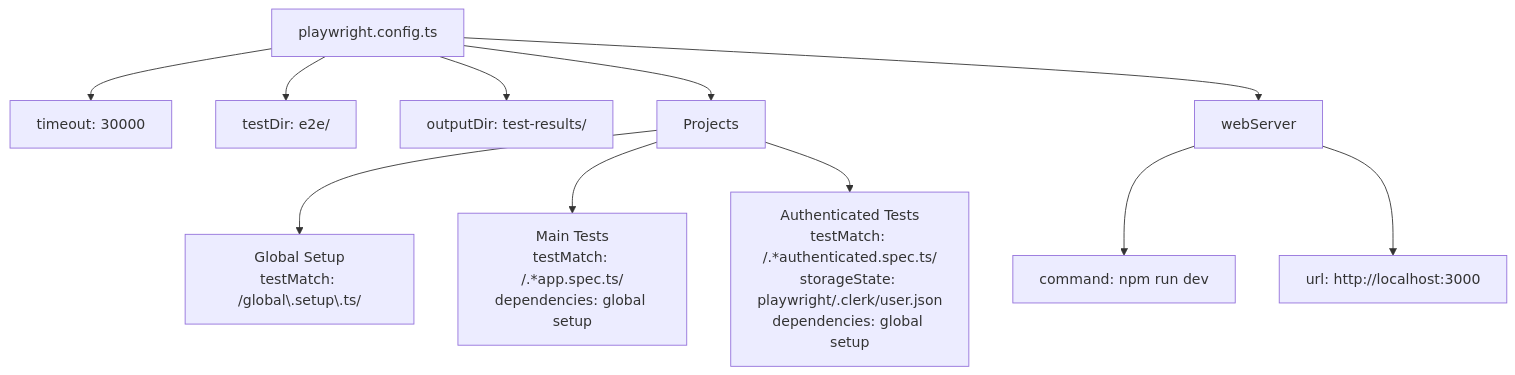
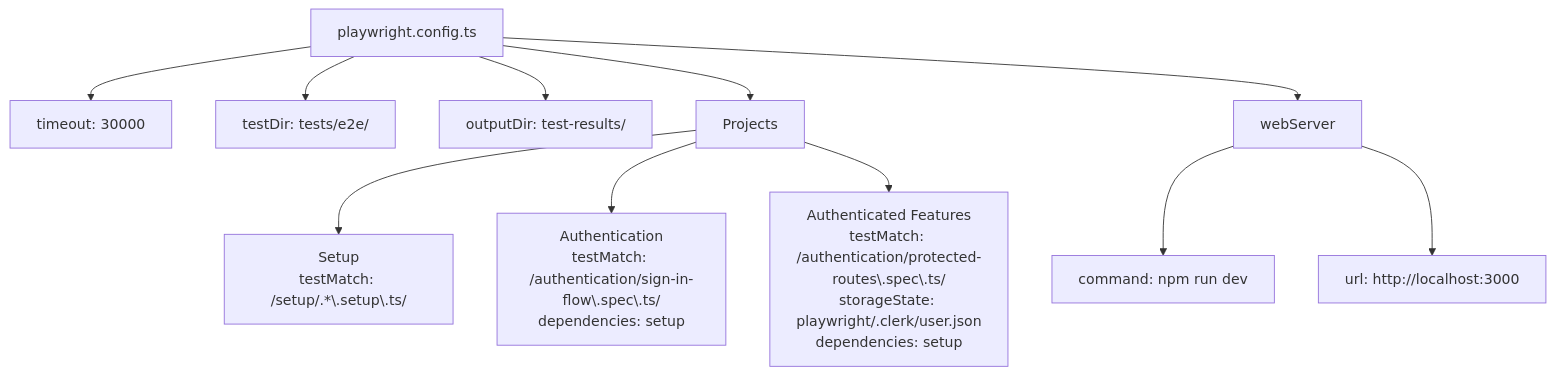
Before and after one commit to kindcreator/awesome-remote-teams-expectations: the third of 3 diagrams in docs/testing/architecture.md, drawn with Mermaid. The commit also changed other lines of this file and 1 other file, not shown here.

First line of the commit message:
Remove real-auth-setup.md and update E2E test structure.

````diff
--- a/docs/testing/architecture.md
+++ b/docs/testing/architecture.md
@@ -93,16 +93,16 @@
 ```mermaid
 graph TD
     CONFIG[playwright.config.ts]
     CONFIG --> TIMEOUT[timeout: 30000]
-    CONFIG --> TESTDIR[testDir: e2e/]
+    CONFIG --> TESTDIR[testDir: tests/e2e/]
     CONFIG --> OUTPUT[outputDir: test-results/]
     
     CONFIG --> PROJECTS[Projects]
-    PROJECTS --> P1[Global Setup<br/>testMatch: /global\.setup\.ts/]
-    PROJECTS --> P2[Main Tests<br/>testMatch: /.*app.spec.ts/<br/>dependencies: global setup]
-    PROJECTS --> P3[Authenticated Tests<br/>testMatch: /.*authenticated.spec.ts/<br/>storageState: playwright/.clerk/user.json<br/>dependencies: global setup]
+    PROJECTS --> P1[Setup<br/>testMatch: /setup/.*\.setup\.ts/]
+    PROJECTS --> P2[Authentication<br/>testMatch: /authentication/sign-in-flow\.spec\.ts/<br/>dependencies: setup]
+    PROJECTS --> P3[Authenticated Features<br/>testMatch: /authentication/protected-routes\.spec\.ts/<br/>storageState: playwright/.clerk/user.json<br/>dependencies: setup]
     
     CONFIG --> WEBSERVER[webServer]
     WEBSERVER --> DEV[command: npm run dev]
     WEBSERVER --> URL[url: http://localhost:3000]
 ```
````
